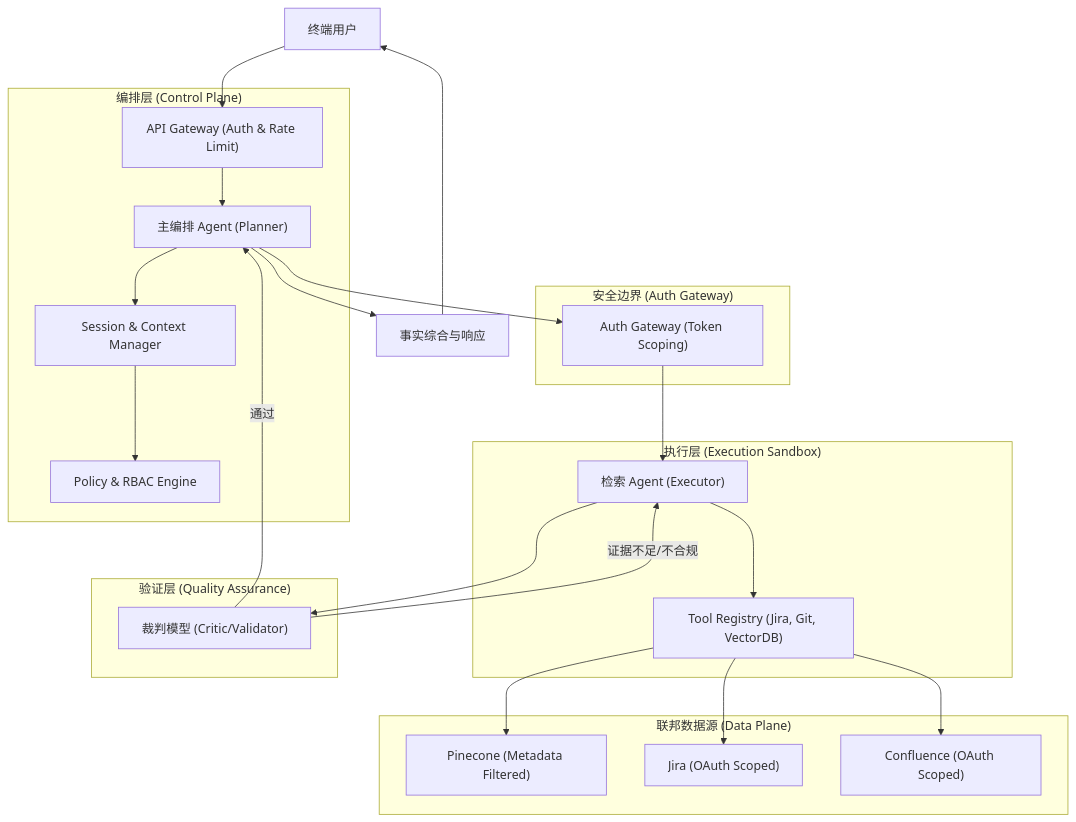
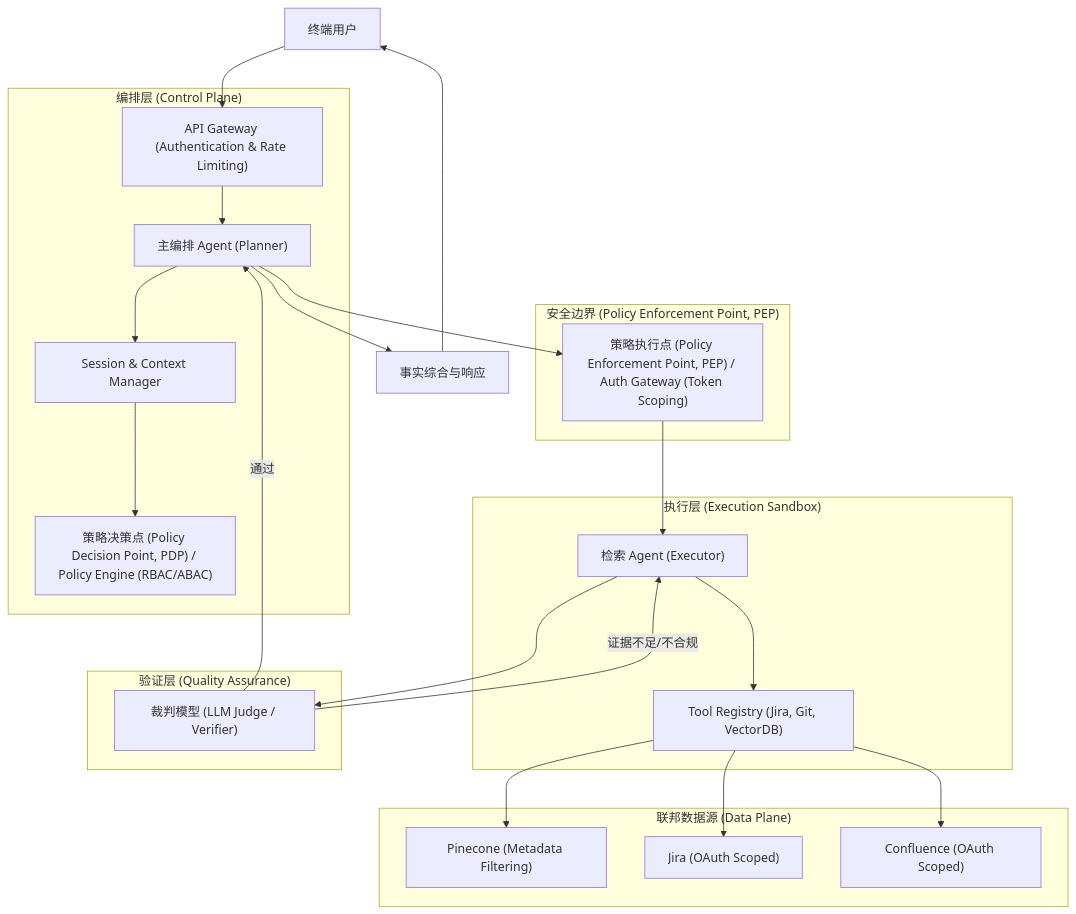
Before and after one commit to cute-spring/opencode-notes: the first of 11 diagrams in docs/arch/enterprise-agentic-rag.md, drawn with Mermaid. The commit also changed other lines of this file and 2 other files, not shown here.

````diff
--- a/docs/arch/enterprise-agentic-rag.md
+++ b/docs/arch/enterprise-agentic-rag.md
@@ -26,34 +26,34 @@
 ```mermaid
 graph TD
-    User["终端用户"] --> API["API Gateway (Auth & Rate Limit)"]
+    User["终端用户"] --> API["API Gateway (Authentication & Rate Limiting)"]
     
     subgraph Orchestration_Layer ["编排层 (Control Plane)"]
         API --> MainAgent["主编排 Agent (Planner)"]
         MainAgent --> SessionMgr["Session & Context Manager"]
-        SessionMgr --> PolicyEngine["Policy & RBAC Engine"]
+        SessionMgr --> PolicyEngine["策略决策点 (Policy Decision Point, PDP) / Policy Engine (RBAC/ABAC)"]
     end
 
-    subgraph Security_Boundary ["安全边界 (Auth Gateway)"]
-        MainAgent --> AuthGateway["Auth Gateway (Token Scoping)"]
+    subgraph Security_Boundary ["安全边界 (Policy Enforcement Point, PEP)"]
+        MainAgent --> AuthGateway["策略执行点 (Policy Enforcement Point, PEP) / Auth Gateway (Token Scoping)"]
     end
 
     subgraph Agentic_Sandbox ["执行层 (Execution Sandbox)"]
         AuthGateway --> RetrievalAgent["检索 Agent (Executor)"]
         RetrievalAgent --> ToolRegistry["Tool Registry (Jira, Git, VectorDB)"]
     end
 
     subgraph Data_Sources ["联邦数据源 (Data Plane)"]
-        ToolRegistry --> Pinecone["Pinecone (Metadata Filtered)"]
+        ToolRegistry --> Pinecone["Pinecone (Metadata Filtering)"]
         ToolRegistry --> Jira["Jira (OAuth Scoped)"]
         ToolRegistry --> Confluence["Confluence (OAuth Scoped)"]
     end
 
     subgraph Validation_Layer ["验证层 (Quality Assurance)"]
-        RetrievalAgent --> Critic["裁判模型 (Critic/Validator)"]
+        RetrievalAgent --> Critic["裁判模型 (LLM Judge / Verifier)"]
         Critic -- "证据不足/不合规" --> RetrievalAgent
         Critic -- "通过" --> MainAgent
     end
 
     MainAgent --> FinalResponse["事实综合与响应"]
     FinalResponse --> User
 ```
````
